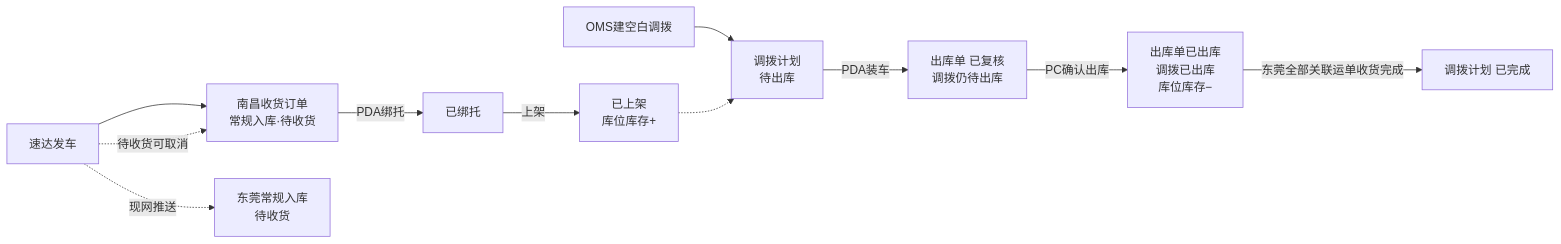
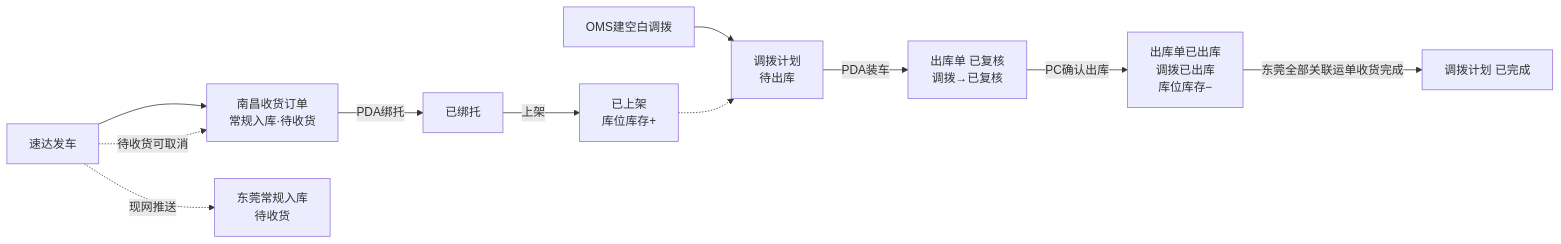
Before and after one commit to Tiana-1720/wms-inbound-demo: the first of 3 diagrams in prd-docs/01-加盟商揽收仓需求/03-01-加盟商揽收仓管理后台主PRD.md, drawn with Mermaid. The commit also changed other lines of this file and 54 other files, not shown here.

````diff
--- a/prd-docs/01-加盟商揽收仓需求/03-01-加盟商揽收仓管理后台主PRD.md
+++ b/prd-docs/01-加盟商揽收仓需求/03-01-加盟商揽收仓管理后台主PRD.md
@@ -98,13 +98,13 @@
 ```mermaid
 flowchart LR
     A["速达发车"] --> B["南昌收货订单<br/>常规入库·待收货"]
     A -.->|"现网推送"| K["东莞常规入库<br/>待收货"]
     B -->|"PDA绑托"| C["已绑托"]
     C -->|"上架"| D["已上架<br/>库位库存+"]
     E["OMS建空白调拨"] --> F["调拨计划<br/>待出库"]
     D -.-> F
-    F -->|"PDA装车"| G["出库单 已复核<br/>调拨仍待出库"]
+    F -->|"PDA装车"| G["出库单 已复核<br/>调拨→已复核"]
     G -->|"PC确认出库"| H["出库单已出库<br/>调拨已出库<br/>库位库存−"]
     H -->|"东莞全部关联运单收货完成"| J["调拨计划 已完成"]
     A -.->|"待收货可取消"| B
 ```
````
